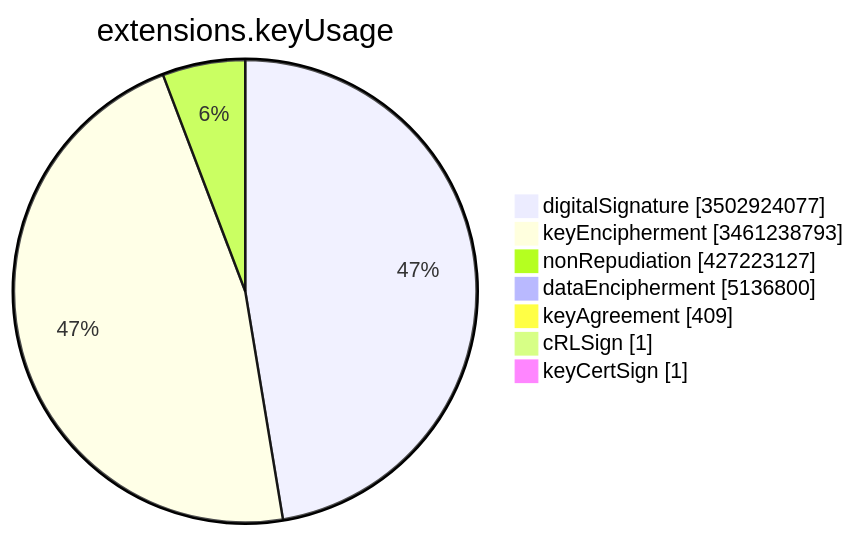
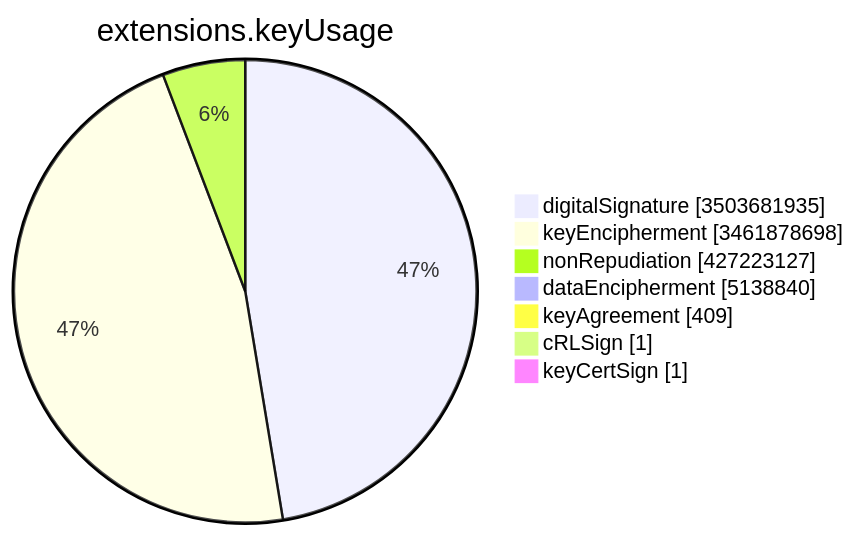
Before and after one commit to christiankrug/ctmonitor_visualization: the sixth of 15 diagrams in TOTAL/README.md, drawn with Mermaid. The commit also changed other lines of this file, not shown here.

````diff
--- a/TOTAL/README.md
+++ b/TOTAL/README.md
@@ -3083,11 +3083,11 @@
 ```mermaid
 pie showData
 title extensions.keyUsage
-"digitalSignature" :3502924077
-"keyEncipherment" :3461238793
+"digitalSignature" :3503681935
+"keyEncipherment" :3461878698
 "nonRepudiation" :427223127
-"dataEncipherment" :5136800
+"dataEncipherment" :5138840
 "keyAgreement" :409
 "cRLSign" :1
 "keyCertSign" :1
 ```
````
